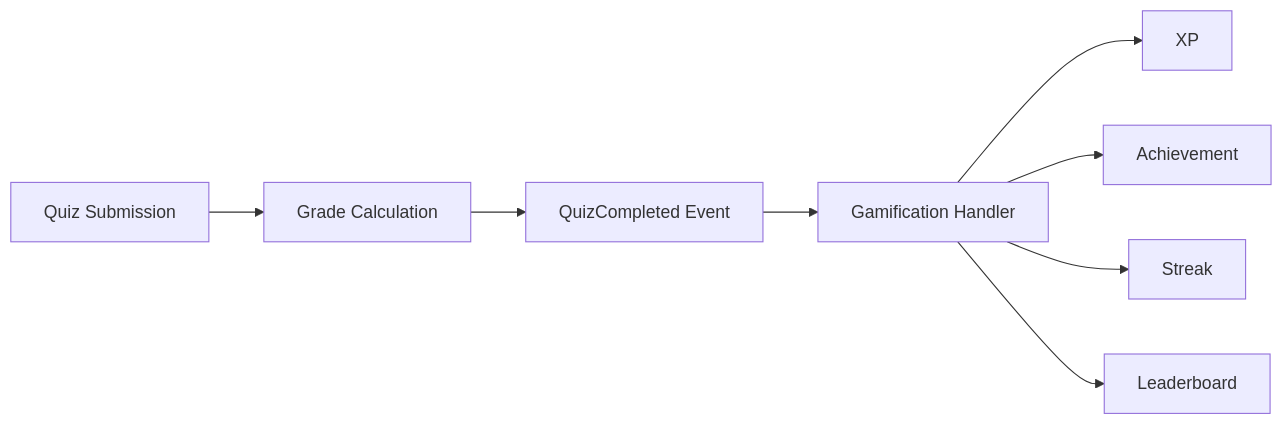
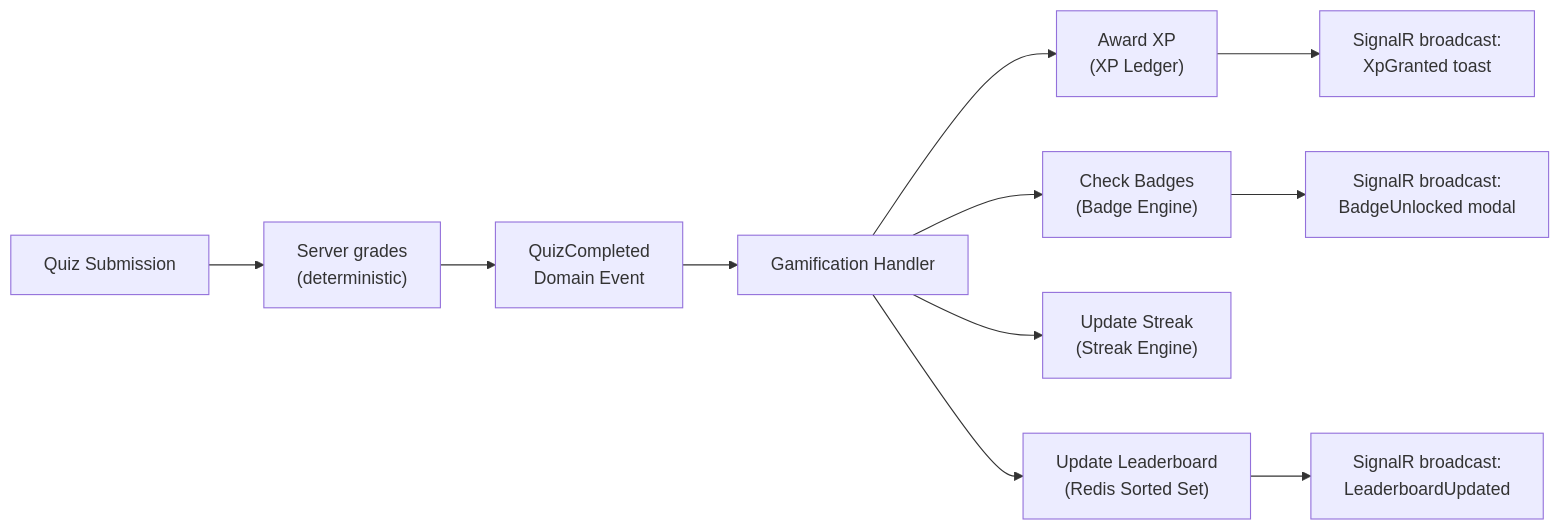
Before and after one commit to Raashidh-Rizvi/EduFlowAi: the third of 5 diagrams in docs/01_ARCHITECTURE.md, drawn with Mermaid. The commit also changed other lines of this file and 38 other files, not shown here.

````diff
--- a/docs/01_ARCHITECTURE.md
+++ b/docs/01_ARCHITECTURE.md
@@ -163,10 +241,13 @@
 ```mermaid
 flowchart LR
-    A[Quiz Submission] --> B[Grade Calculation]
-    B --> C[QuizCompleted Event]
-    C --> D[Gamification Handler]
-    D --> E[XP]
-    D --> F[Achievement]
-    D --> G[Streak]
-    D --> H[Leaderboard]
+    A["Quiz Submission"] --> B["Server grades\n(deterministic)"]
+    B --> C["QuizCompleted\nDomain Event"]
+    C --> D["Gamification Handler"]
+    D --> E["Award XP\n(XP Ledger)"]
+    D --> F["Check Badges\n(Badge Engine)"]
+    D --> G["Update Streak\n(Streak Engine)"]
+    D --> H["Update Leaderboard\n(Redis Sorted Set)"]
+    H --> I["SignalR broadcast:\nLeaderboardUpdated"]
+    E --> J["SignalR broadcast:\nXpGranted toast"]
+    F --> K["SignalR broadcast:\nBadgeUnlocked modal"]
 ```
````
